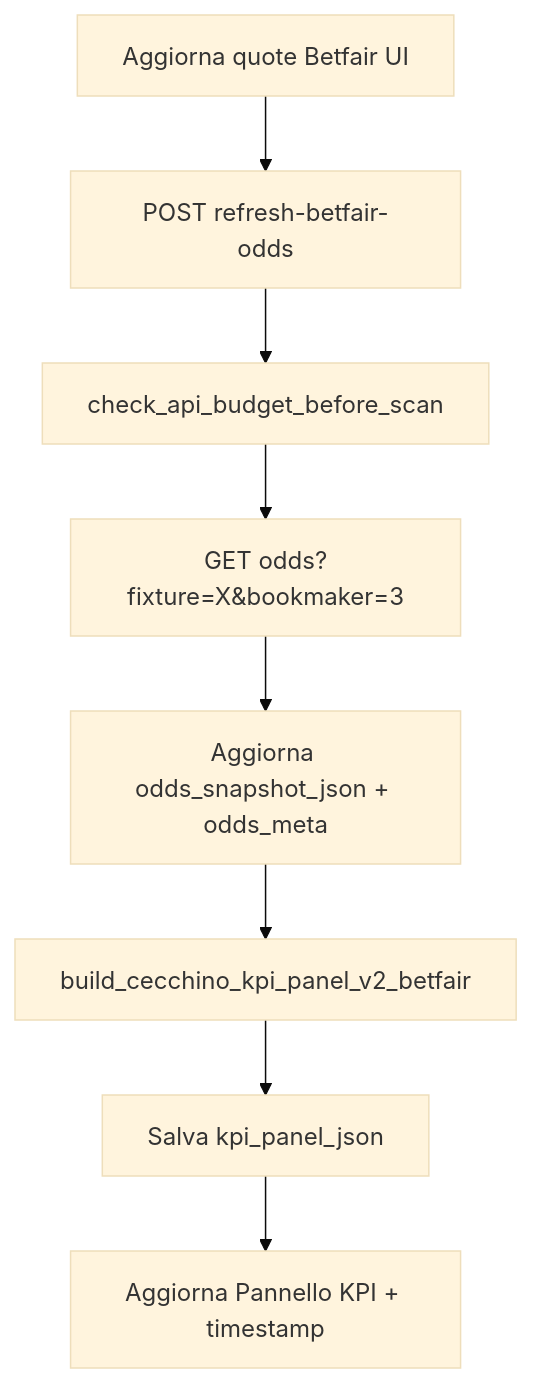
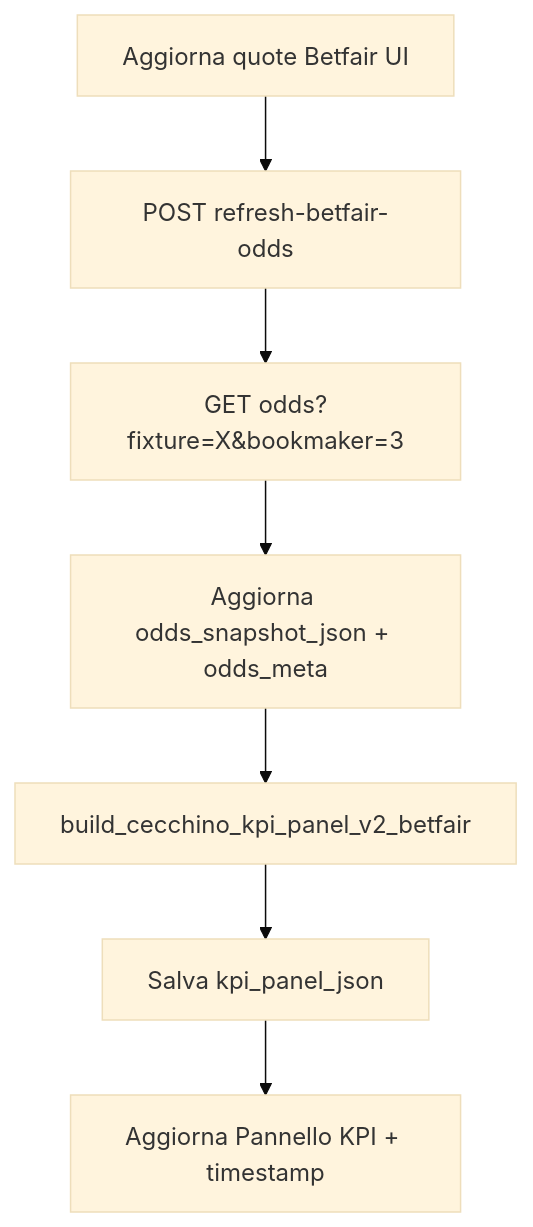
Before and after one commit to Rccard92/football-sot-predictor: diagram 29 of 30 in docs/SOT_PREDICTOR_PIPELINE_OPERATIVA.md, drawn with Mermaid (base theme). The commit also changed other lines of this file and 24 other files, not shown here.

Commit message:
fix: restore eligibility and remove scan API guards

````diff
--- a/docs/SOT_PREDICTOR_PIPELINE_OPERATIVA.md
+++ b/docs/SOT_PREDICTOR_PIPELINE_OPERATIVA.md
@@ -1343,10 +1343,9 @@
 ```mermaid
 flowchart TD
   btn[Aggiorna quote Betfair UI] --> post[POST refresh-betfair-odds]
-  post --> budget[check_api_budget_before_scan]
-  budget --> api["GET odds?fixture=X&bookmaker=3"]
+  post --> api["GET odds?fixture=X&bookmaker=3"]
   api --> snapshot[Aggiorna odds_snapshot_json + odds_meta]
   snapshot --> kpi[build_cecchino_kpi_panel_v2_betfair]
   kpi --> save[Salva kpi_panel_json]
   save --> ui[Aggiorna Pannello KPI + timestamp]
 ```
````
